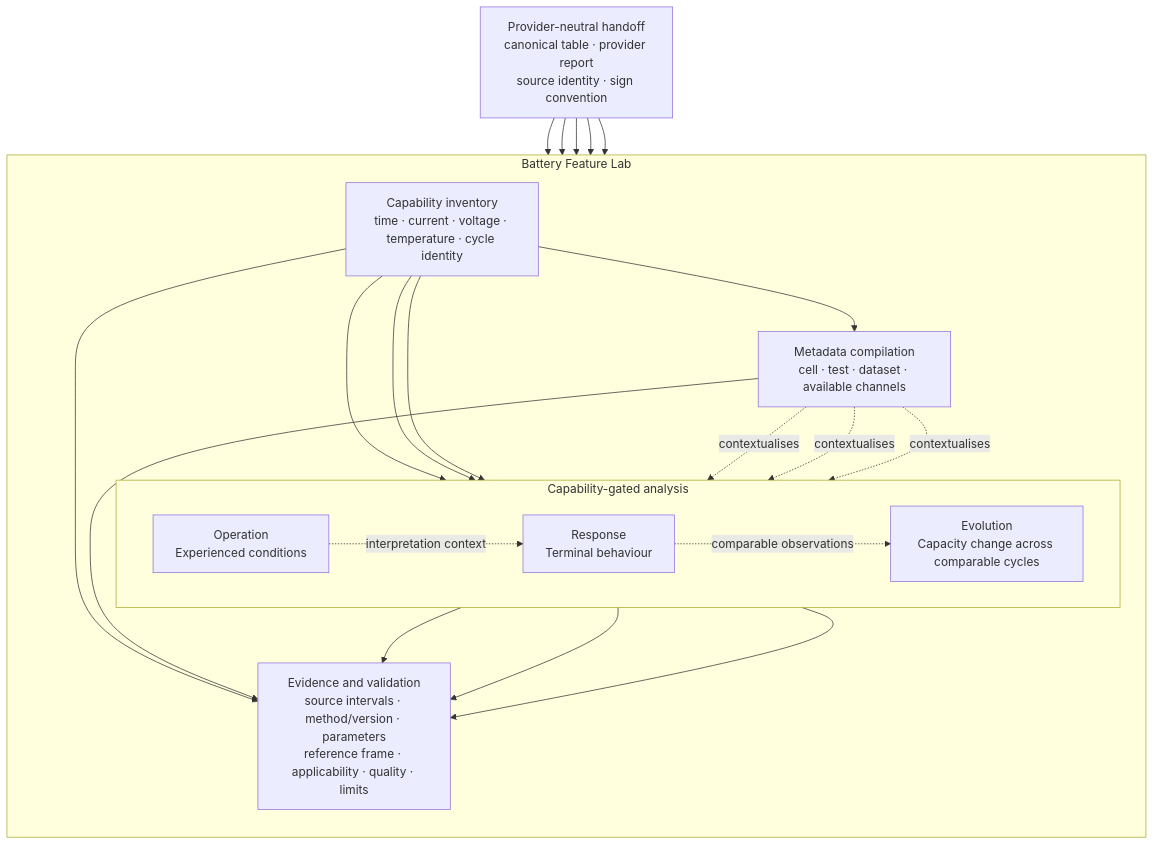
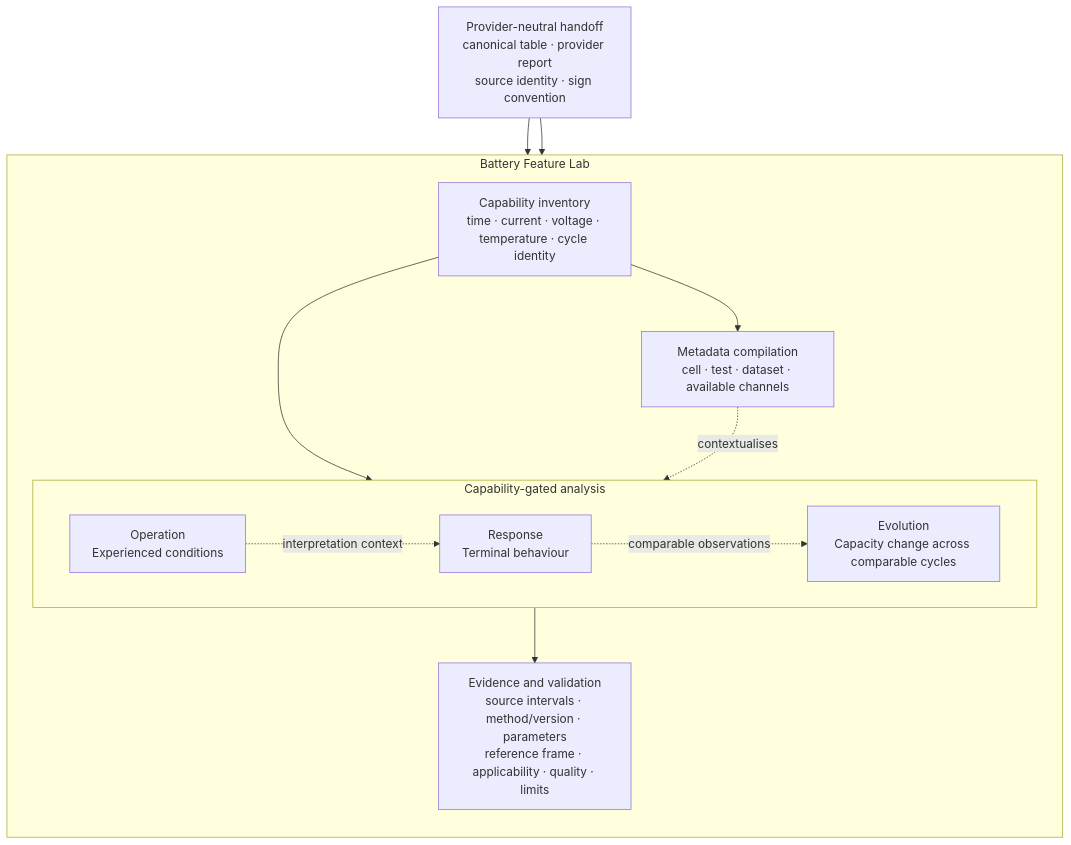
The diagram in README.md (shiyunliu-battery/Battery-Feature-Lab), drawn with Mermaid before and after one commit.

Commit message:
Stabilize Mermaid layout on GitHub (#5)

````diff
--- a/README.md
+++ b/README.md
@@ -22,48 +22,35 @@
 ```mermaid
 flowchart TB
     H["Provider-neutral handoff<br/>canonical table · provider report<br/>source identity · sign convention"]
 
     subgraph BFL["Battery Feature Lab"]
         direction TB
 
         I["Capability inventory<br/>time · current · voltage · temperature · cycle identity"]
 
         M["Metadata compilation<br/>cell · test · dataset · available channels"]
 
         subgraph A["Capability-gated analysis"]
             direction LR
 
             O["Operation<br/>Experienced conditions"]
 
             R["Response<br/>Terminal behaviour"]
 
             E["Evolution<br/>Capacity change across comparable cycles"]
 
             O -. "interpretation context" .-> R
             R -. "comparable observations" .-> E
         end
 
         V["Evidence and validation<br/>source intervals · method/version · parameters<br/>reference frame · applicability · quality · limits"]
 
         I --> M
-        I --> O
-        I --> R
-        I --> E
-
-        M -. "contextualises" .-> O
-        M -. "contextualises" .-> R
-        M -. "contextualises" .-> E
-
-        I --> V
-        M --> V
-        O --> V
-        R --> V
-        E --> V
+        I --> A
+        M -. "contextualises" .-> A
+        A --> V
     end
 
     H --> I
-    H --> M
-    H --> O
-    H --> R
-    H --> V
+    H --> A
 ```
````
